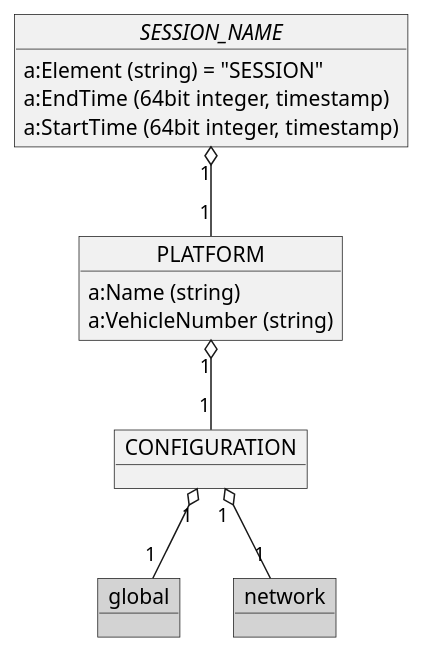
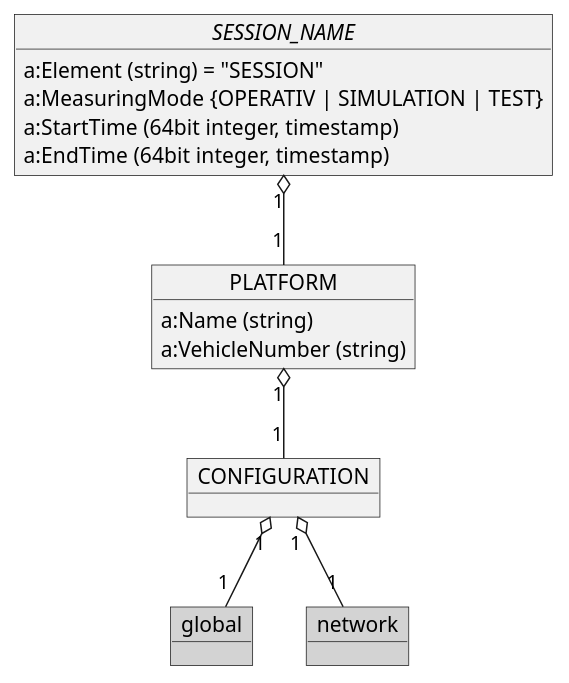
One commit to OpenRailAssociation/rcm-dx changed the fifth of 9 diagrams in images.puml. Above: the diagram before and after it, drawn with PlantUML. The commit also changed other lines of this file and 5 other files, not shown here.

```diff
--- a/images.puml
+++ b/images.puml
@@ -269,24 +315,24 @@
 @startuml RCM_DX_Platform_overview
 
   object "//SESSION_NAME//" as session_name {
     a:Element (string) = "SESSION"
+    a:MeasuringMode {OPERATIV | SIMULATION | TEST}
+    a:StartTime (64bit integer, timestamp)
     a:EndTime (64bit integer, timestamp)
-    a:StartTime (64bit integer, timestamp)
   }
-
 
   object PLATFORM {
     a:Name (string)
     a:VehicleNumber (string)
   }
 
   object CONFIGURATION
   object global #LightGray
   object network #LightGray
 
   session_name "1" o-- "1" PLATFORM
   PLATFORM "1" o-- "1" CONFIGURATION
   CONFIGURATION "1" o-- "1" global
   CONFIGURATION "1" o-- "1" network
 
 @enduml
```
